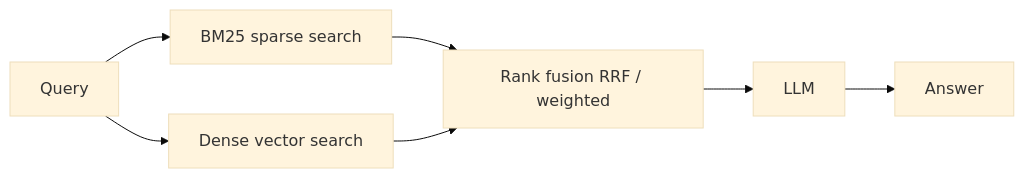
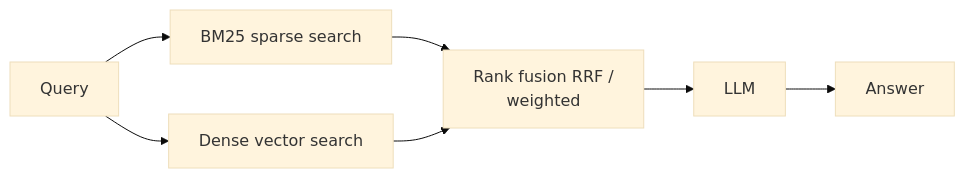
The diagram in 03. Hybrid Search RAG/README.md (ajay-nikumbh/RAG-From-Basics-to-Production), drawn with Mermaid (base theme) before and after one commit. The commit also changed other lines of this file and 38 other files, not shown here.

First line of the commit message:
Group root README by pattern, widen tables, wrap diagram labels

````diff
--- a/03. Hybrid Search RAG/README.md
+++ b/03. Hybrid Search RAG/README.md
@@ -24,7 +24,7 @@
 ```mermaid
 flowchart LR
     Q[Query] --> S[BM25 sparse search]
     Q --> D[Dense vector search]
-    S --> F[Rank fusion RRF / weighted]
+    S --> F[Rank fusion RRF /<br/>weighted]
     D --> F --> L[LLM] --> A[Answer]
 ```
````
